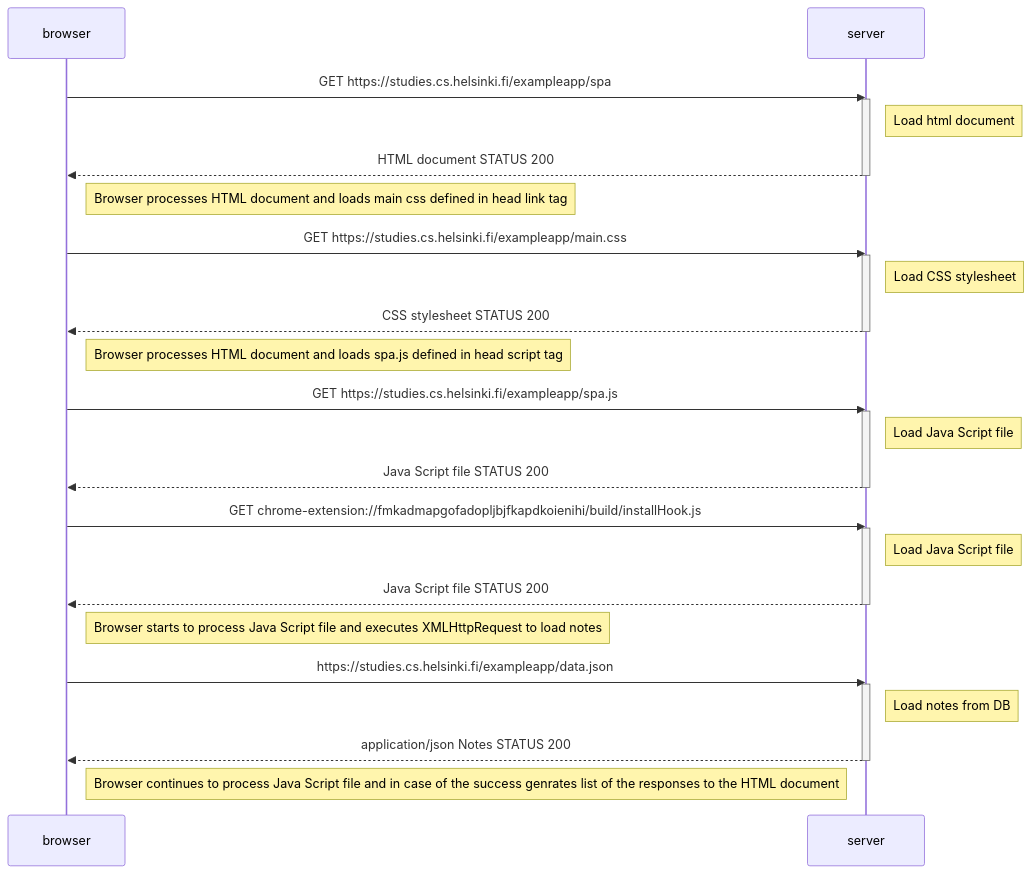
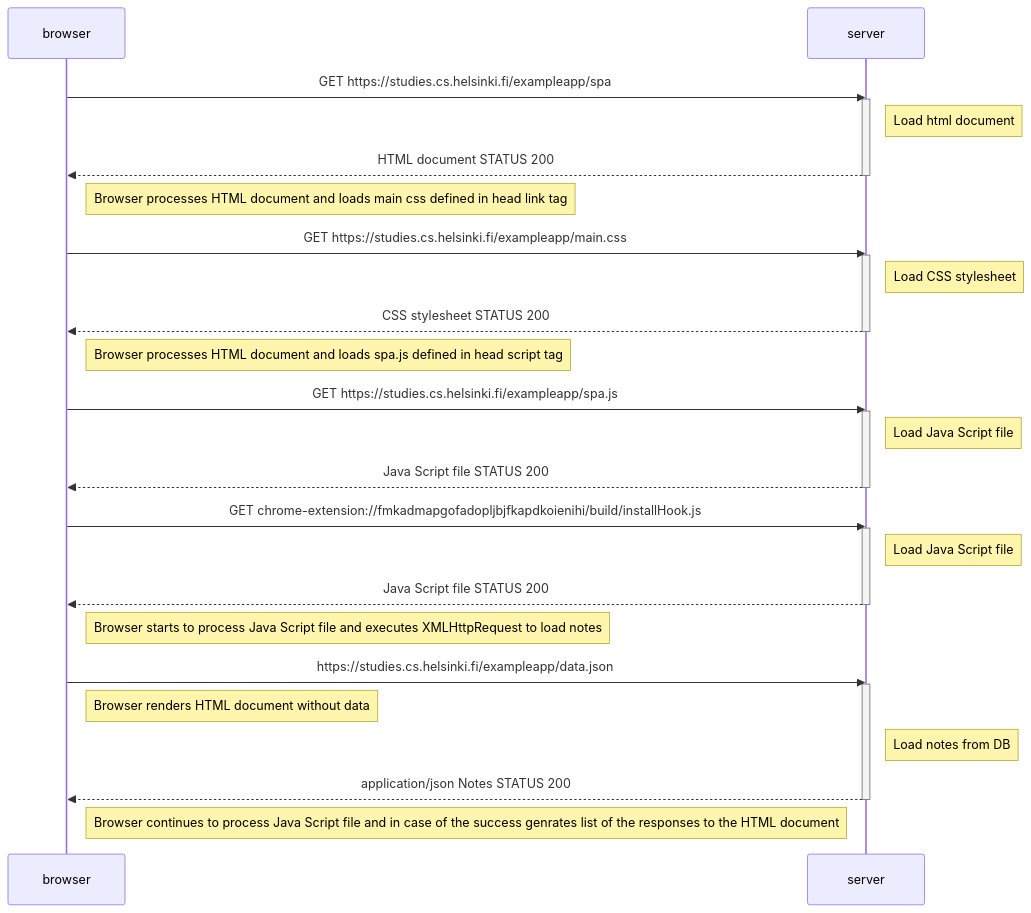
One commit to msopanen/fullstackopen changed the diagram in part0/exercise-0.5.md. Above: the diagram before and after it, drawn with Mermaid. The commit also changed 1 other file, not shown here.

Commit message:
Improve browser render part
Browser is rendering initial HTML page without data somewhere
meanwhile GET request is started or is ongoing. In any case empty
HTML without data is visible short time while data is loaded.
This is nice way visible if slow 3G throtling is used in browser
devtools network tab to slow down loading speed.

````diff
--- a/part0/exercise-0.5.md
+++ b/part0/exercise-0.5.md
@@ -1,43 +1,44 @@
 ```mermaid
 sequenceDiagram
     participant browser
     participant server
     
     browser->>server: GET https://studies.cs.helsinki.fi/exampleapp/spa
     activate server
         Note right of server: Load html document
         server-->>browser: HTML document  STATUS 200
     deactivate server
 
     Note right of browser: Browser processes HTML document and loads main css defined in head link tag
 
     browser->>server: GET https://studies.cs.helsinki.fi/exampleapp/main.css
     activate server
         Note right of server: Load CSS stylesheet
         server-->>browser: CSS stylesheet  STATUS 200
     deactivate server
 
     Note right of browser: Browser processes HTML document and loads spa.js defined in head script tag
 
     browser->>server: GET https://studies.cs.helsinki.fi/exampleapp/spa.js
     activate server
         Note right of server: Load Java Script file
         server-->>browser: Java Script file  STATUS 200
     deactivate server
 
     browser->>server: GET chrome-extension://fmkadmapgofadopljbjfkapdkoienihi/build/installHook.js
     activate server
         Note right of server: Load Java Script file
         server-->>browser: Java Script file  STATUS 200
     deactivate server
 
     Note right of browser: Browser starts to process Java Script file and executes XMLHttpRequest to load notes
 
     browser->>server: https://studies.cs.helsinki.fi/exampleapp/data.json
     activate server
+        Note right of browser: Browser renders HTML document without data
         Note right of server: Load notes from DB
         server-->>browser: application/json Notes  STATUS 200
     deactivate server
     
     Note right of browser: Browser continues to process Java Script file and in case of the success genrates list of the responses to the HTML document
 ```
````
